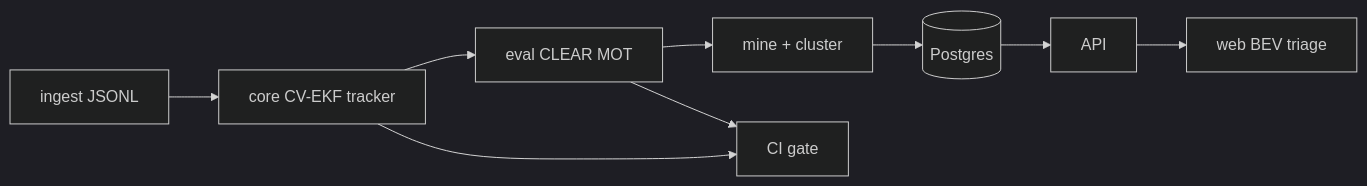
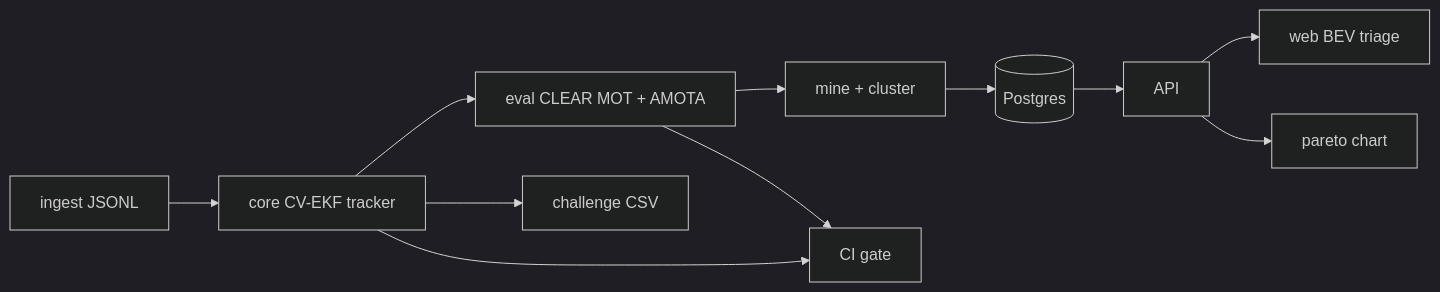
One commit to EmanuelNader/trackbench changed the diagram in README.md. Above: the diagram before and after it, drawn with Mermaid (dark theme). The commit also changed other lines of this file, not shown here.

````diff
--- a/README.md
+++ b/README.md
@@ -87,11 +146,13 @@
 ```mermaid
 flowchart LR
   ingest[ingest JSONL] --> core[core CV-EKF tracker]
-  core --> eval[eval CLEAR MOT]
+  core --> eval[eval CLEAR MOT + AMOTA]
   eval --> mine[mine + cluster]
   mine --> pg[(Postgres)]
   pg --> api[API]
   api --> web[web BEV triage]
+  api --> pareto[pareto chart]
   eval --> ci[CI gate]
   core --> ci
+  core --> export[challenge CSV]
 ```
````
